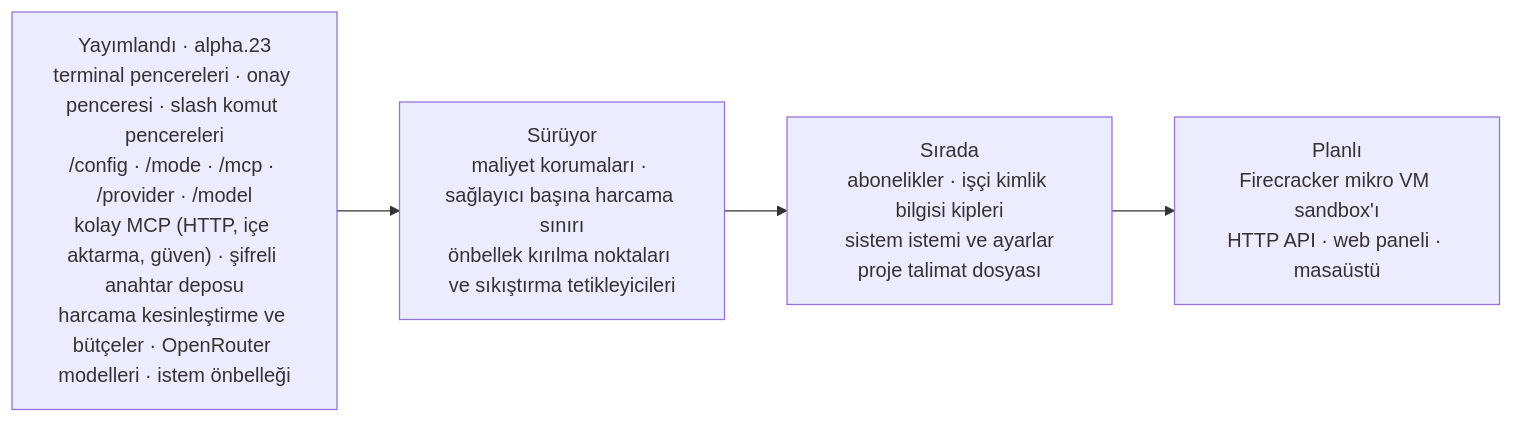
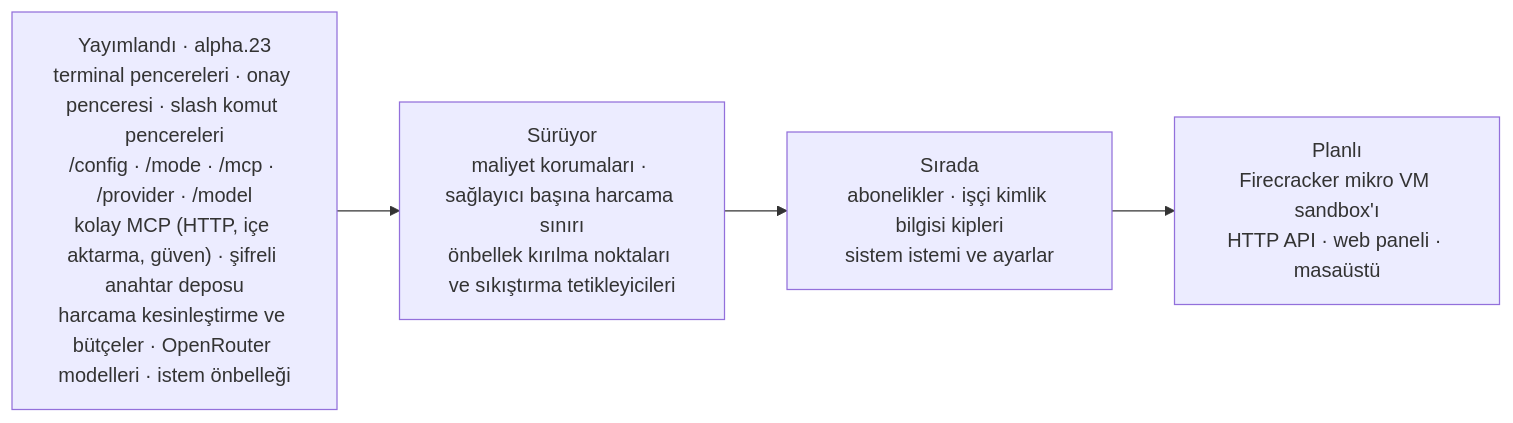
Before and after one commit to Verhex/deckent-next: the sixth of 6 diagrams in README.tr.md, drawn with Mermaid. The commit also changed other lines of this file and 12 other files, not shown here.

First line of the commit message:
docs: correct stale public and architecture claims after alpha.46 (57 of 62 analysis hunks)

````diff
--- a/README.tr.md
+++ b/README.tr.md
@@ -513,6 +524,6 @@
 ```mermaid
 flowchart LR
   L["Yayımlandı · alpha.23<br/>terminal pencereleri · onay penceresi · slash komut pencereleri<br/>/config · /mode · /mcp · /provider · /model<br/>kolay MCP (HTTP, içe aktarma, güven) · şifreli anahtar deposu<br/>harcama kesinleştirme ve bütçeler · OpenRouter modelleri · istem önbelleği"] --> P["Sürüyor<br/>maliyet korumaları · sağlayıcı başına harcama sınırı<br/>önbellek kırılma noktaları ve sıkıştırma tetikleyicileri"]
-  P --> N["Sırada<br/>abonelikler · işçi kimlik bilgisi kipleri<br/>sistem istemi ve ayarlar<br/>proje talimat dosyası"]
+  P --> N["Sırada<br/>abonelikler · işçi kimlik bilgisi kipleri<br/>sistem istemi ve ayarlar"]
   N --> F["Planlı<br/>Firecracker mikro VM sandbox'ı<br/>HTTP API · web paneli · masaüstü"]
 ```
````
